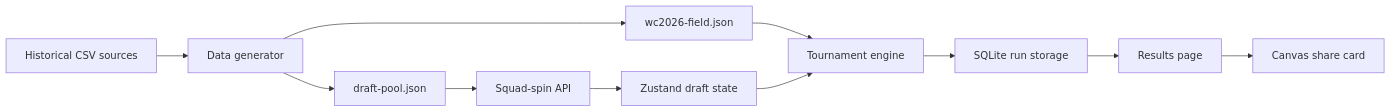
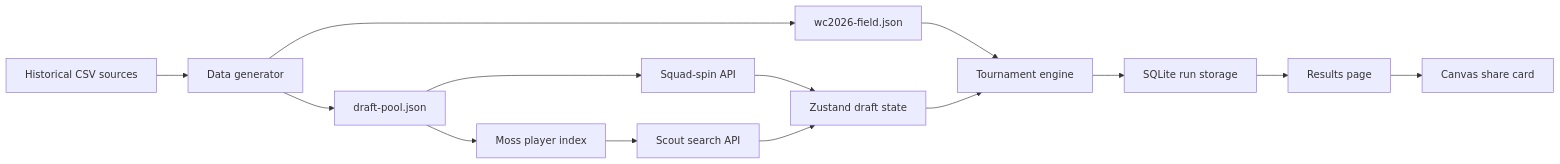
One commit to AyanBhardwaj1/Champions-WC-26- changed the diagram in README.md. Above: the diagram before and after it, drawn with Mermaid. The commit also changed other lines of this file and 21 other files, not shown here.

Commit message:
Add Moss Scout support and document the workflow

````diff
--- a/README.md
+++ b/README.md
@@ -166,13 +178,16 @@
 ```mermaid
 flowchart LR
     A[Historical CSV sources] --> B[Data generator]
     B --> C[draft-pool.json]
     B --> D[wc2026-field.json]
     C --> E[Squad-spin API]
     E --> F[Zustand draft state]
+    C --> K[Moss player index]
+    K --> L[Scout search API]
+    L --> F
     D --> G[Tournament engine]
     F --> G
     G --> H[SQLite run storage]
     H --> I[Results page]
     I --> J[Canvas share card]
 ```
````
